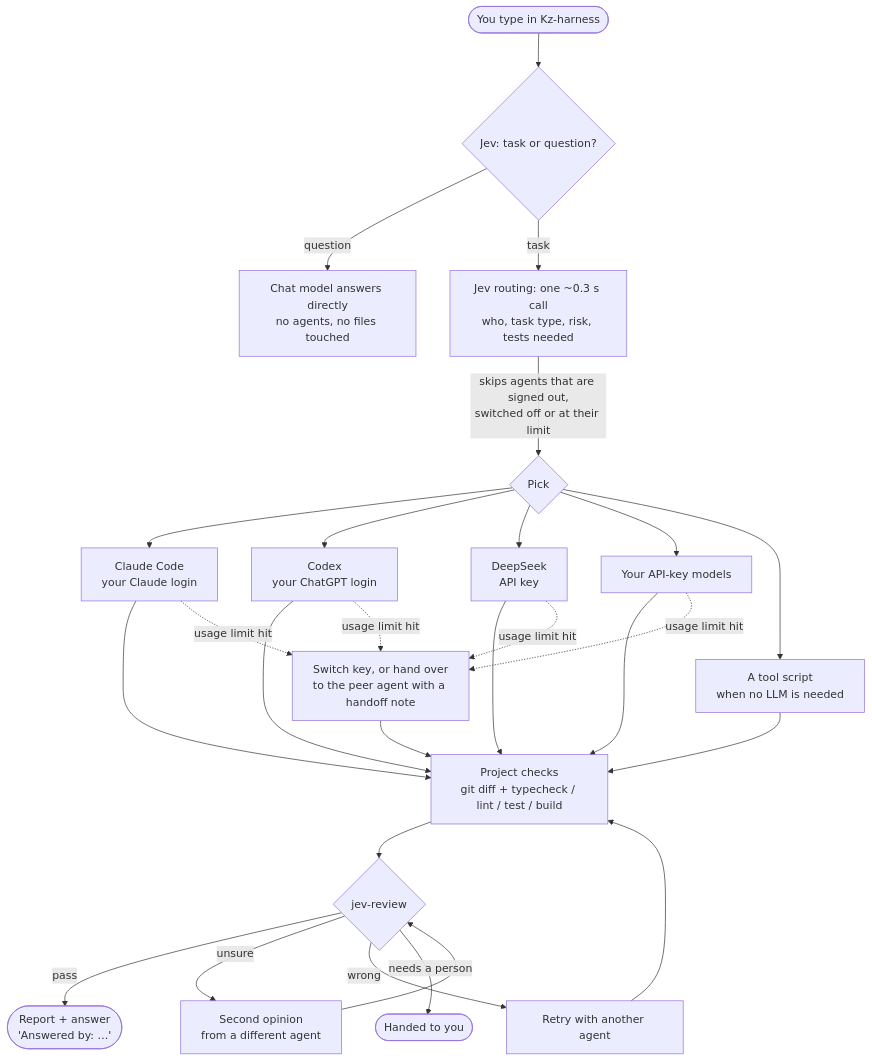
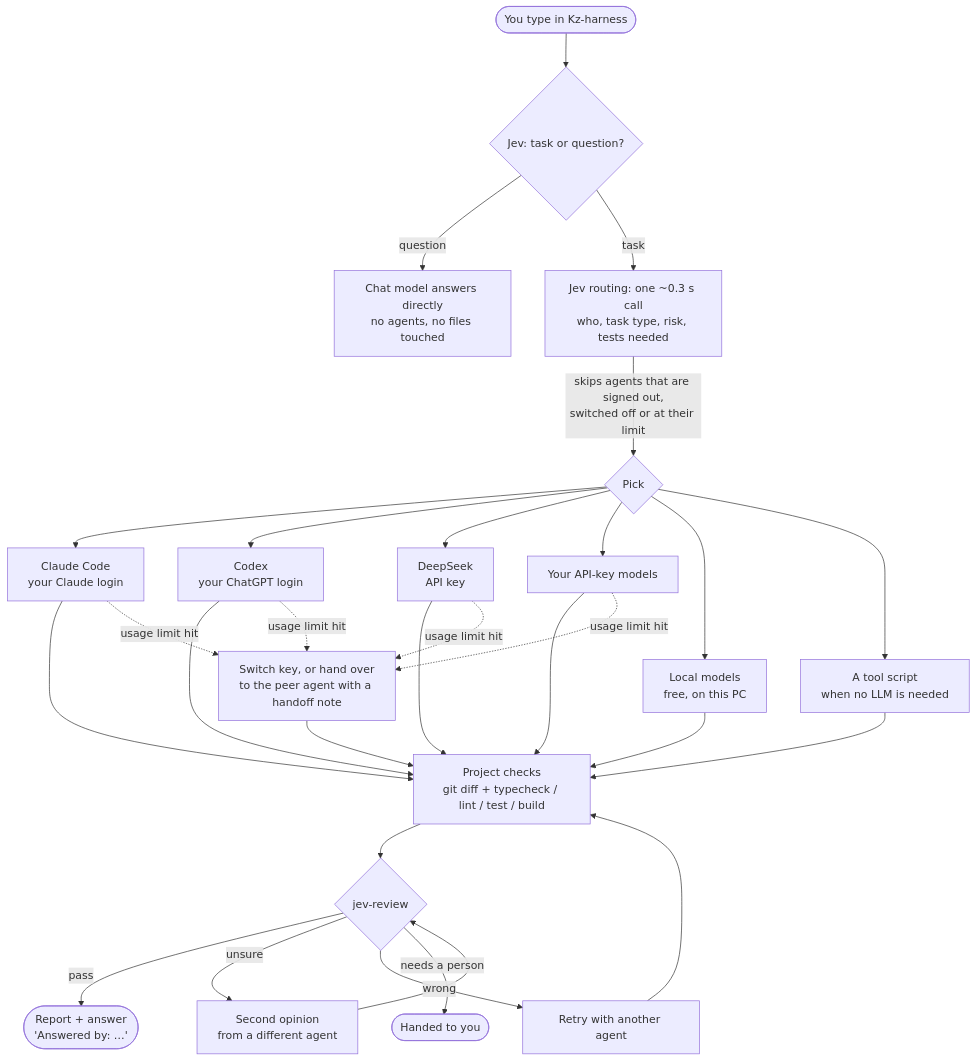
The first of 2 diagrams in README.md (kz-95/kz-harness), drawn with Mermaid before and after one commit. The commit also changed other lines of this file and 24 other files, not shown here.

First line of the commit message:
feat: local models, effort levels, title bar and privacy cleanup

````diff
--- a/README.md
+++ b/README.md
@@ -13,20 +13,21 @@
 ```mermaid
 flowchart TD
     U([You type in Kz-harness]) --> K{Jev: task or question?}
     K -- question --> Q[Chat model answers directly<br/>no agents, no files touched]
     K -- task --> R[Jev routing: one ~0.3 s call<br/>who, task type, risk, tests needed]
     R -->|skips agents that are signed out,<br/>switched off or at their limit| P{Pick}
     P --> C[Claude Code<br/>your Claude login]
     P --> X[Codex<br/>your ChatGPT login]
     P --> D[DeepSeek<br/>API key]
     P --> B[Your API-key models]
+    P --> LM[Local models<br/>free, on this PC]
     P --> T[A tool script<br/>when no LLM is needed]
-    C & X & D & B & T --> V[Project checks<br/>git diff + typecheck / lint / test / build]
+    C & X & D & B & LM & T --> V[Project checks<br/>git diff + typecheck / lint / test / build]
     V --> J{jev-review}
     J -- pass --> OK([Report + answer<br/>'Answered by: …'])
     J -- unsure --> S[Second opinion<br/>from a different agent] --> J
     J -- wrong --> RT[Retry with another agent] --> V
     J -- needs a person --> H([Handed to you])
     C & X & D & B -. usage limit hit .-> L[Switch key, or hand over<br/>to the peer agent with a handoff note]
     L --> V
 ```
````
